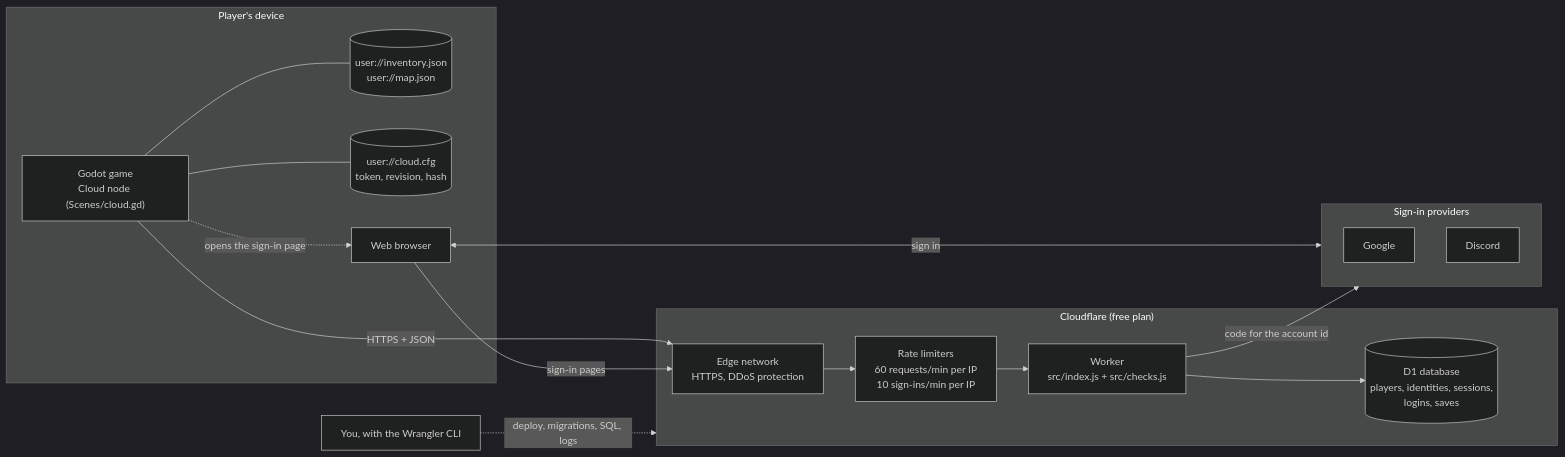
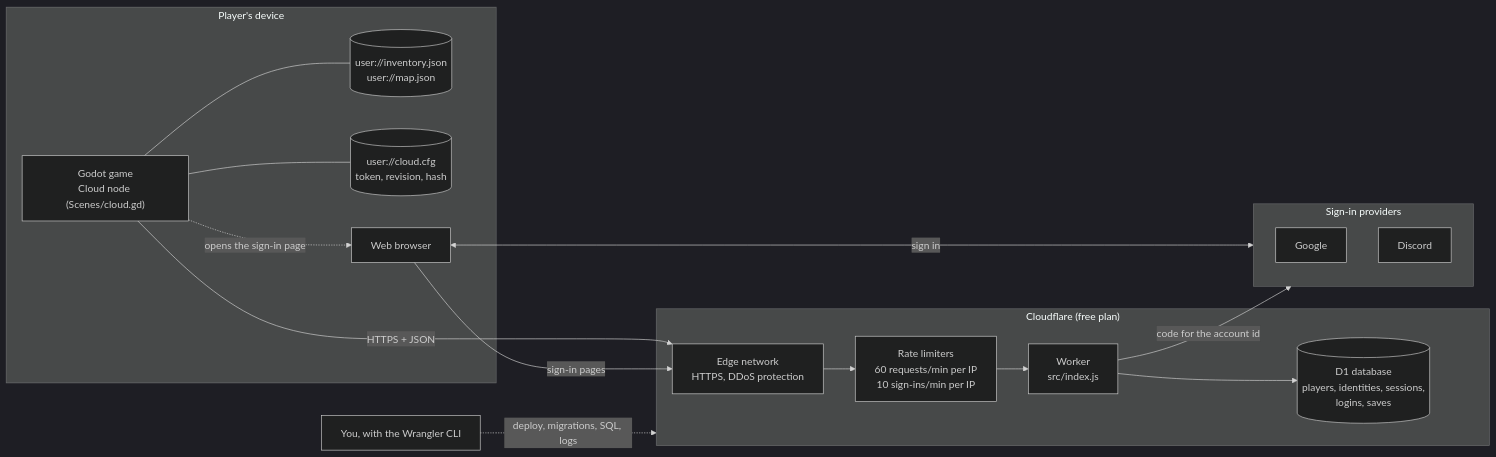
The first of 7 diagrams in backend/leaderboard/README.md (dikmedvescekmurovec/kobold-clicker), drawn with Mermaid (dark theme) before and after one commit. The commit also changed other lines of this file and 221 other files, not shown here.

````diff
--- a/backend/leaderboard/README.md
+++ b/backend/leaderboard/README.md
@@ -52,31 +52,31 @@
 ```mermaid
 flowchart LR
     subgraph PC["Player's device"]
         Game["Godot game<br/>Cloud node (Scenes/cloud.gd)"]
         Files[("user://inventory.json<br/>user://map.json")]
         Cfg[("user://cloud.cfg<br/>token, revision, hash")]
         Browser["Web browser"]
         Game --- Files
         Game --- Cfg
         Game -. "opens the sign-in page" .-> Browser
     end
 
     subgraph CF["Cloudflare (free plan)"]
         Edge["Edge network<br/>HTTPS, DDoS protection"]
         RL["Rate limiters<br/>60 requests/min per IP<br/>10 sign-ins/min per IP"]
-        W["Worker<br/>src/index.js + src/checks.js"]
+        W["Worker<br/>src/index.js"]
         D1[("D1 database<br/>players, identities, sessions,<br/>logins, saves")]
         Edge --> RL --> W --> D1
     end
 
     subgraph ID["Sign-in providers"]
         G["Google"]
         Dc["Discord"]
     end
 
     Game -- "HTTPS + JSON" --> Edge
     Browser -- "sign-in pages" --> Edge
     Browser <-- "sign in" --> ID
     W -- "code for the account id" --> ID
     You["You, with the Wrangler CLI"] -. "deploy, migrations, SQL, logs" .-> CF
 ```
````
